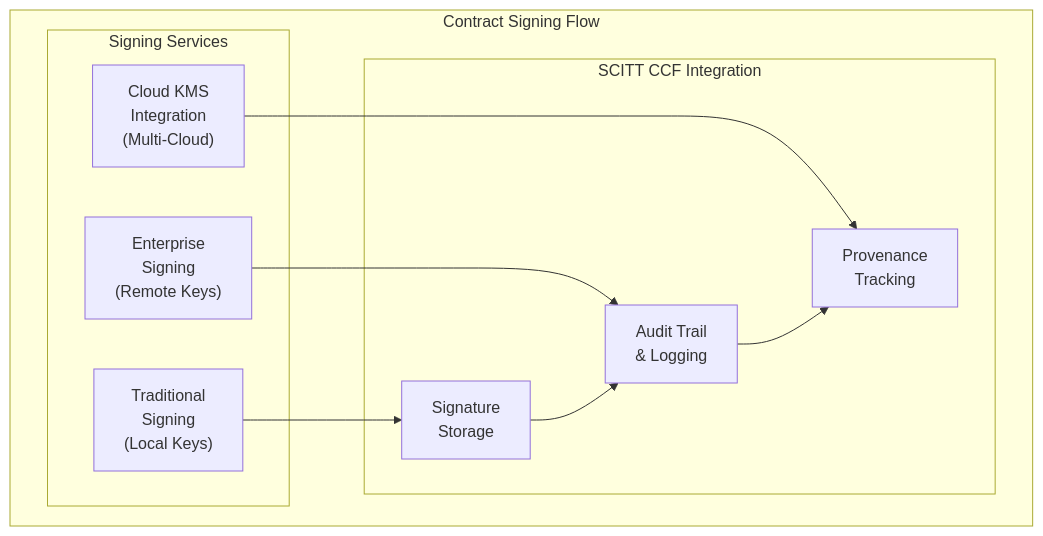
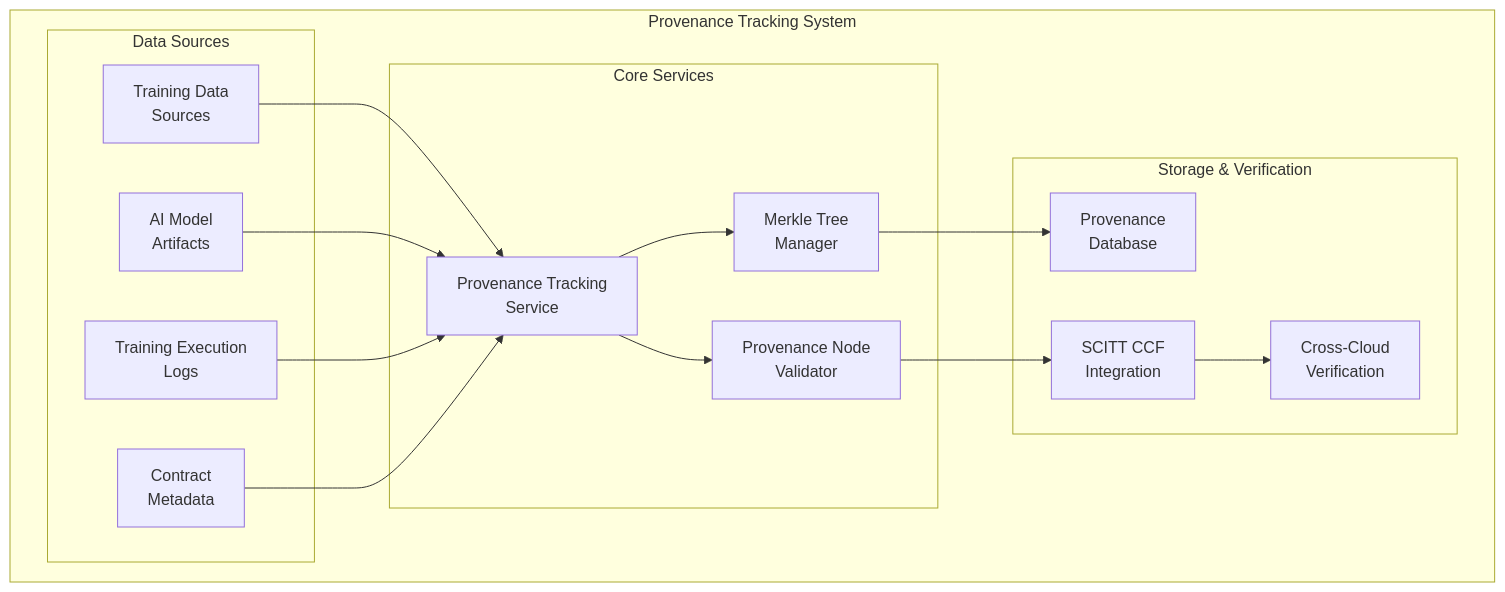
Diagram 12 of 20 in docs/ARCHITECTURE.md (gitmujoshi/Confidential-AI-Network), drawn with Mermaid before and after one commit. The commit also changed other lines of this file and 50 other files, not shown here.

````diff
--- a/docs/ARCHITECTURE.md
+++ b/docs/ARCHITECTURE.md
@@ -480,22 +465,35 @@
 ```mermaid
 graph TB
-    subgraph "Contract Signing Flow"
-        subgraph "Signing Services"
-            Traditional["Traditional<br/>Signing<br/>(Local Keys)"]
-            Enterprise["Enterprise<br/>Signing<br/>(Remote Keys)"]
-            CloudKMS["Cloud KMS<br/>Integration<br/>(Multi-Cloud)"]
+    subgraph "Provenance Tracking System"
+        subgraph "Core Services"
+            ProvenanceService["Provenance Tracking<br/>Service"]
+            MerkleTreeManager["Merkle Tree<br/>Manager"]
+            NodeValidator["Provenance Node<br/>Validator"]
         end
         
-        subgraph "SCITT CCF Integration"
-            SignatureStorage["Signature<br/>Storage"]
-            AuditTrail["Audit Trail<br/>& Logging"]
-            Provenance["Provenance<br/>Tracking"]
+        subgraph "Data Sources"
+            TrainingData["Training Data<br/>Sources"]
+            AIModels["AI Model<br/>Artifacts"]
+            ExecutionLogs["Training Execution<br/>Logs"]
+            ContractData["Contract<br/>Metadata"]
+        end
+        
+        subgraph "Storage & Verification"
+            ProvenanceDB["Provenance<br/>Database"]
+            SCITTIntegration["SCITT CCF<br/>Integration"]
+            CrossCloudVerify["Cross-Cloud<br/>Verification"]
         end
     end
     
-    Traditional --> SignatureStorage
-    Enterprise --> AuditTrail
-    CloudKMS --> Provenance
-    SignatureStorage --> AuditTrail
-    AuditTrail --> Provenance
+    TrainingData --> ProvenanceService
+    AIModels --> ProvenanceService
+    ExecutionLogs --> ProvenanceService
+    ContractData --> ProvenanceService
+    
+    ProvenanceService --> MerkleTreeManager
+    ProvenanceService --> NodeValidator
+    
+    MerkleTreeManager --> ProvenanceDB
+    NodeValidator --> SCITTIntegration
+    SCITTIntegration --> CrossCloudVerify
 ```
````
